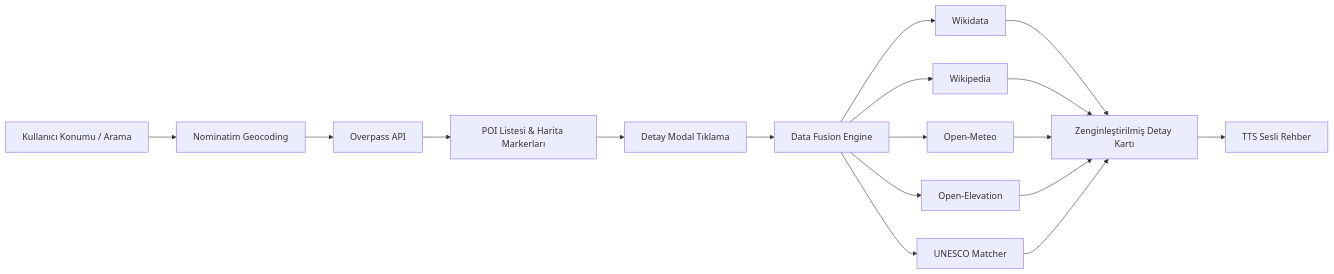
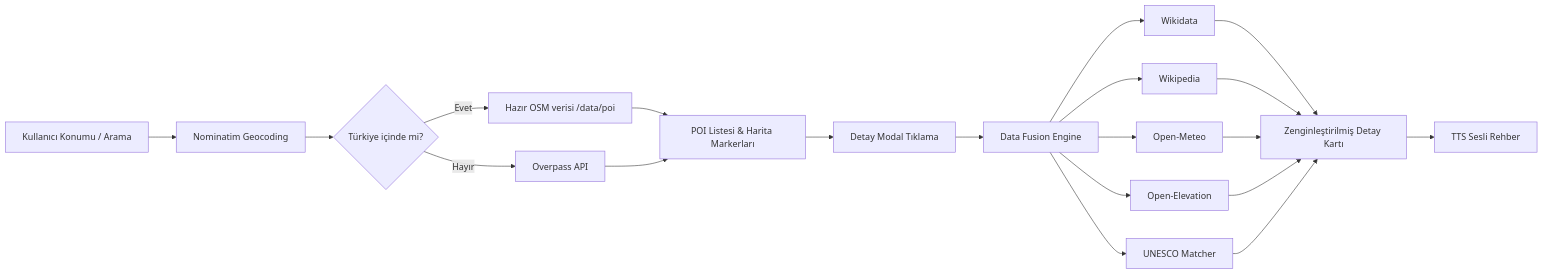
One commit to an1lbayram/Altay changed the diagram in README.md. Above: the diagram before and after it, drawn with Mermaid. The commit also changed other lines of this file and 14 other files, not shown here.

````diff
--- a/README.md
+++ b/README.md
@@ -143,15 +146,17 @@
 ```mermaid
 flowchart LR
     A[Kullanıcı Konumu / Arama] --> B[Nominatim Geocoding]
-    B --> C[Overpass API]
-    C --> D[POI Listesi & Harita Markerları]
+    B --> C{Türkiye içinde mi?}
+    C -- Evet --> C1[Hazır OSM verisi /data/poi]
+    C -- Hayır --> C2[Overpass API]
+    C1 & C2 --> D[POI Listesi & Harita Markerları]
     D --> E[Detay Modal Tıklama]
     E --> F[Data Fusion Engine]
     F --> G[Wikidata]
     F --> H[Wikipedia]
     F --> I[Open-Meteo]
     F --> J[Open-Elevation]
     F --> K[UNESCO Matcher]
     G & H & I & J & K --> L[Zenginleştirilmiş Detay Kartı]
     L --> M[TTS Sesli Rehber]
 ```
````
